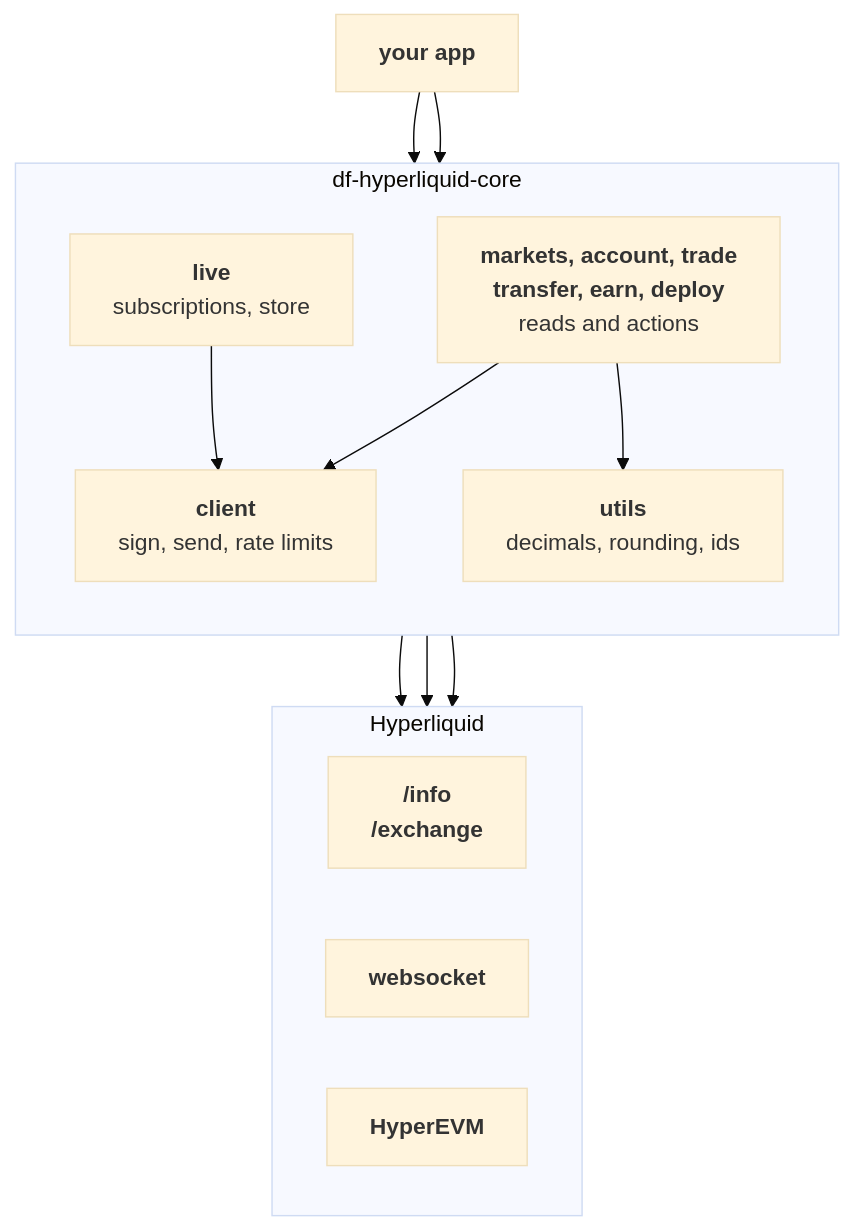
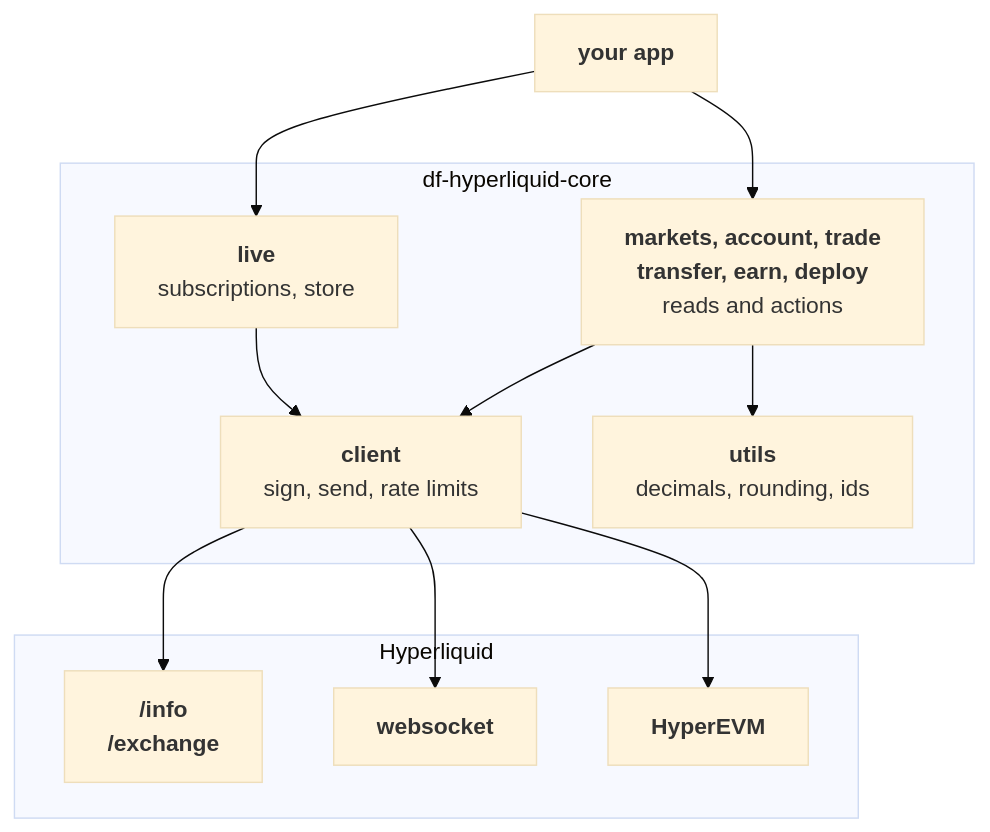
The diagram in README.md (dennisfurrer/df-hyperliquid-core), drawn with Mermaid (base theme) before and after one commit.

Commit message:
docs: chart for older mermaid

````diff
--- a/README.md
+++ b/README.md
@@ -51,28 +51,26 @@
 ```mermaid
-flowchart TB
+graph TB
     app["<b>your app</b>"]
 
     subgraph sdk ["df-hyperliquid-core"]
-        direction TB
         domains["<b>markets, account, trade</b><br/><b>transfer, earn, deploy</b><br/>reads and actions"]
         live["<b>live</b><br/>subscriptions, store"]
         client["<b>client</b><br/>sign, send, rate limits"]
         utils["<b>utils</b><br/>decimals, rounding, ids"]
     end
 
     subgraph hl ["Hyperliquid"]
-        direction LR
         rest["<b>/info</b><br/><b>/exchange</b>"]
         ws["<b>websocket</b>"]
         evm["<b>HyperEVM</b>"]
     end
 
     app --> domains
     app --> live
     domains --> client
     live --> client
     domains --> utils
     client --> rest
     client --> ws
     client --> evm
 ```
````
